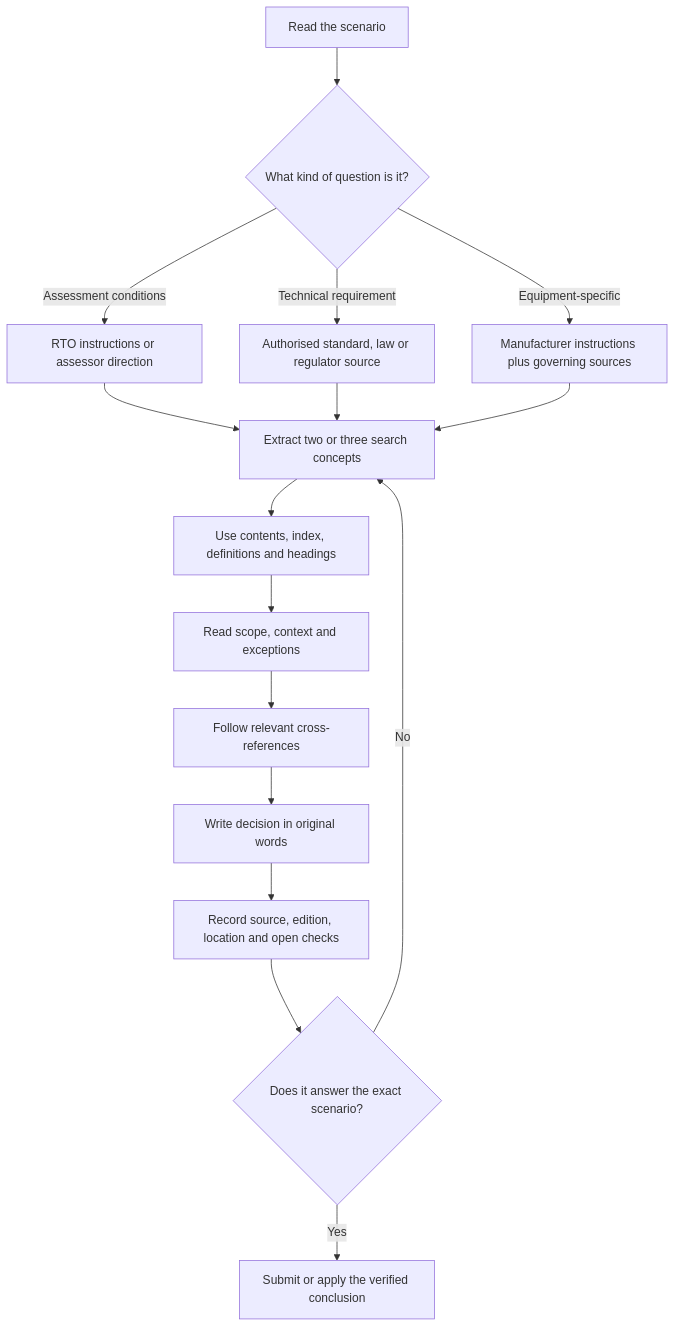
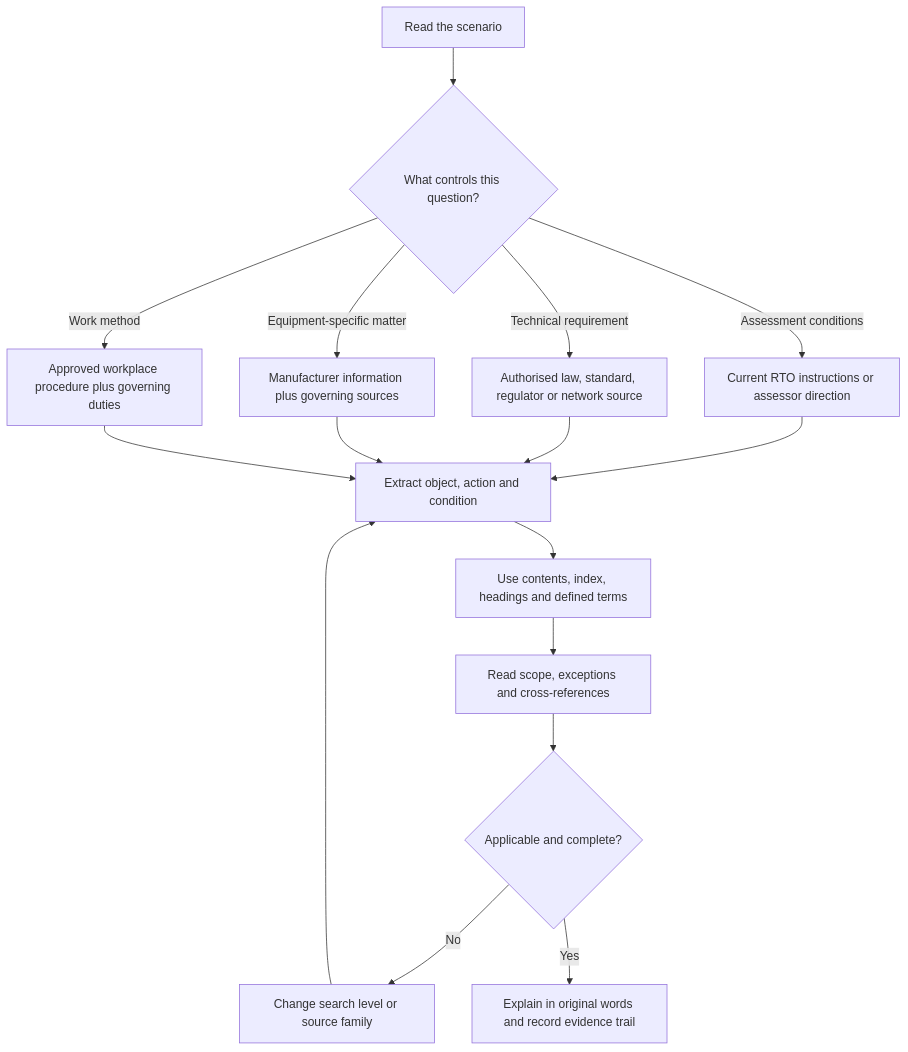
Before and after one commit to andrew3stedall/capstone: the first of 3 diagrams in docs/learning-plans/4-week/modules/day-01-exam-orientation-and-wiring-rules-navigation.md, drawn with Mermaid. The commit also changed other lines of this file, not shown here.

Commit message:
docs: improve Day 1 source navigation module

````diff
--- a/docs/learning-plans/4-week/modules/day-01-exam-orientation-and-wiring-rules-navigation.md
+++ b/docs/learning-plans/4-week/modules/day-01-exam-orientation-and-wiring-rules-navigation.md
@@ -128,18 +142,18 @@
 ```mermaid
 flowchart TD
-    A["Read the scenario"] --> B{"What kind of question is it?"}
-    B -->|"Assessment conditions"| C["RTO instructions or assessor direction"]
-    B -->|"Technical requirement"| D["Authorised standard, law or regulator source"]
-    B -->|"Equipment-specific"| E["Manufacturer instructions plus governing sources"]
-    C --> F["Extract two or three search concepts"]
-    D --> F
-    E --> F
-    F --> G["Use contents, index, definitions and headings"]
-    G --> H["Read scope, context and exceptions"]
-    H --> I["Follow relevant cross-references"]
-    I --> J["Write decision in original words"]
-    J --> K["Record source, edition, location and open checks"]
-    K --> L{"Does it answer the exact scenario?"}
-    L -->|"No"| F
-    L -->|"Yes"| M["Submit or apply the verified conclusion"]
+    A["Read the scenario"] --> B{"What controls this question?"}
+    B -->|"Assessment conditions"| C["Current RTO instructions or assessor direction"]
+    B -->|"Technical requirement"| D["Authorised law, standard, regulator or network source"]
+    B -->|"Equipment-specific matter"| E["Manufacturer information plus governing sources"]
+    B -->|"Work method"| F["Approved workplace procedure plus governing duties"]
+    C --> G["Extract object, action and condition"]
+    D --> G
+    E --> G
+    F --> G
+    G --> H["Use contents, index, headings and defined terms"]
+    H --> I["Read scope, exceptions and cross-references"]
+    I --> J{"Applicable and complete?"}
+    J -->|"No"| K["Change search level or source family"]
+    K --> G
+    J -->|"Yes"| L["Explain in original words and record evidence trail"]
 ```
````
